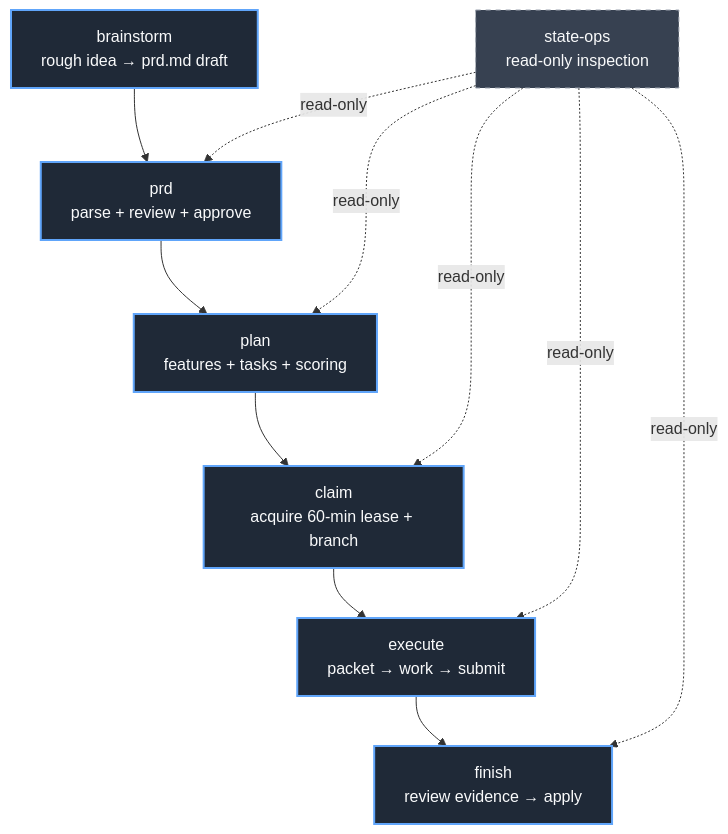
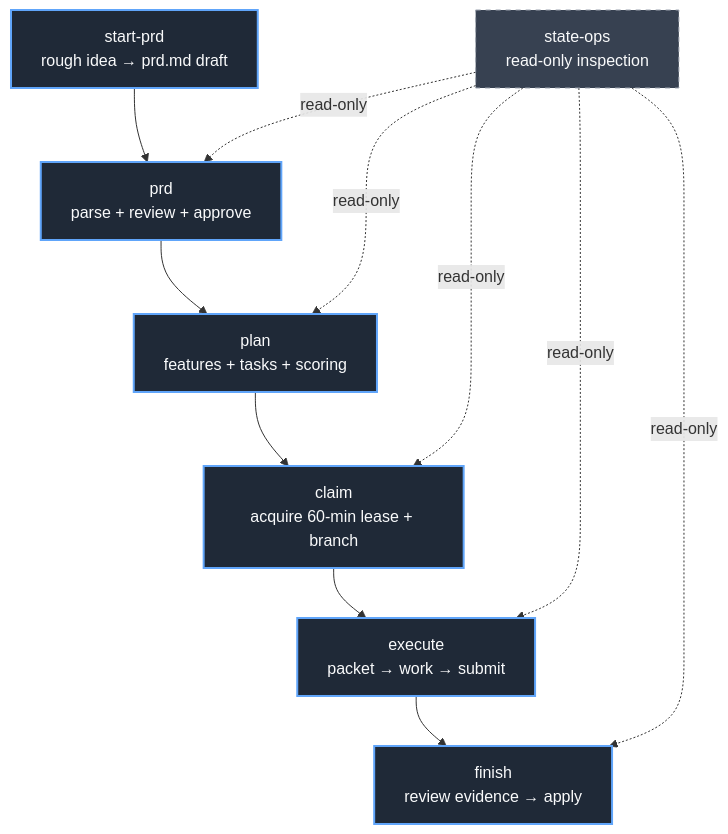
The diagram in plugins/fakoli-state/docs/skills-reference.md (fakoli/fakoli-plugins), drawn with Mermaid before and after one commit. The commit also changed other lines of this file and 18 other files, not shown here.

````diff
--- a/plugins/fakoli-state/docs/skills-reference.md
+++ b/plugins/fakoli-state/docs/skills-reference.md
@@ -19,27 +19,27 @@
 ```mermaid
 graph TD
-    Brainstorm["brainstorm<br/>rough idea → prd.md draft"]
+    StartPRD["start-prd<br/>rough idea → prd.md draft"]
     PRD["prd<br/>parse + review + approve"]
     Plan["plan<br/>features + tasks + scoring"]
     Claim["claim<br/>acquire 60-min lease + branch"]
     Execute["execute<br/>packet → work → submit"]
     Finish["finish<br/>review evidence → apply"]
     StateOps["state-ops<br/>read-only inspection"]
 
-    Brainstorm --> PRD
+    StartPRD --> PRD
     PRD --> Plan
     Plan --> Claim
     Claim --> Execute
     Execute --> Finish
 
     StateOps -.read-only.-> PRD
     StateOps -.read-only.-> Plan
     StateOps -.read-only.-> Claim
     StateOps -.read-only.-> Execute
     StateOps -.read-only.-> Finish
 
     classDef lifecycle fill:#1f2937,stroke:#60a5fa,stroke-width:2px,color:#f9fafb
     classDef inspection fill:#374151,stroke:#9ca3af,stroke-width:1px,color:#f9fafb,stroke-dasharray: 5 5
-    class Brainstorm,PRD,Plan,Claim,Execute,Finish lifecycle
+    class StartPRD,PRD,Plan,Claim,Execute,Finish lifecycle
     class StateOps inspection
 ```
````
